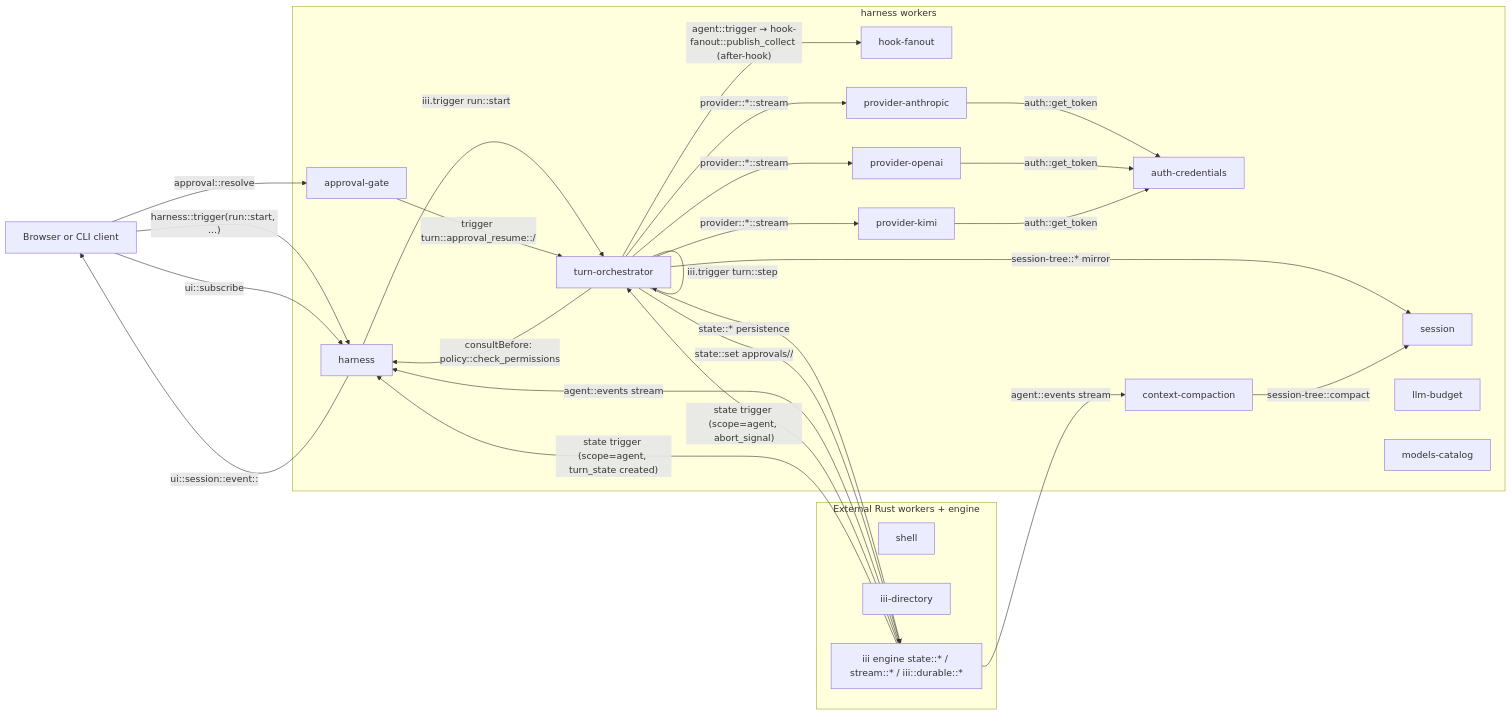
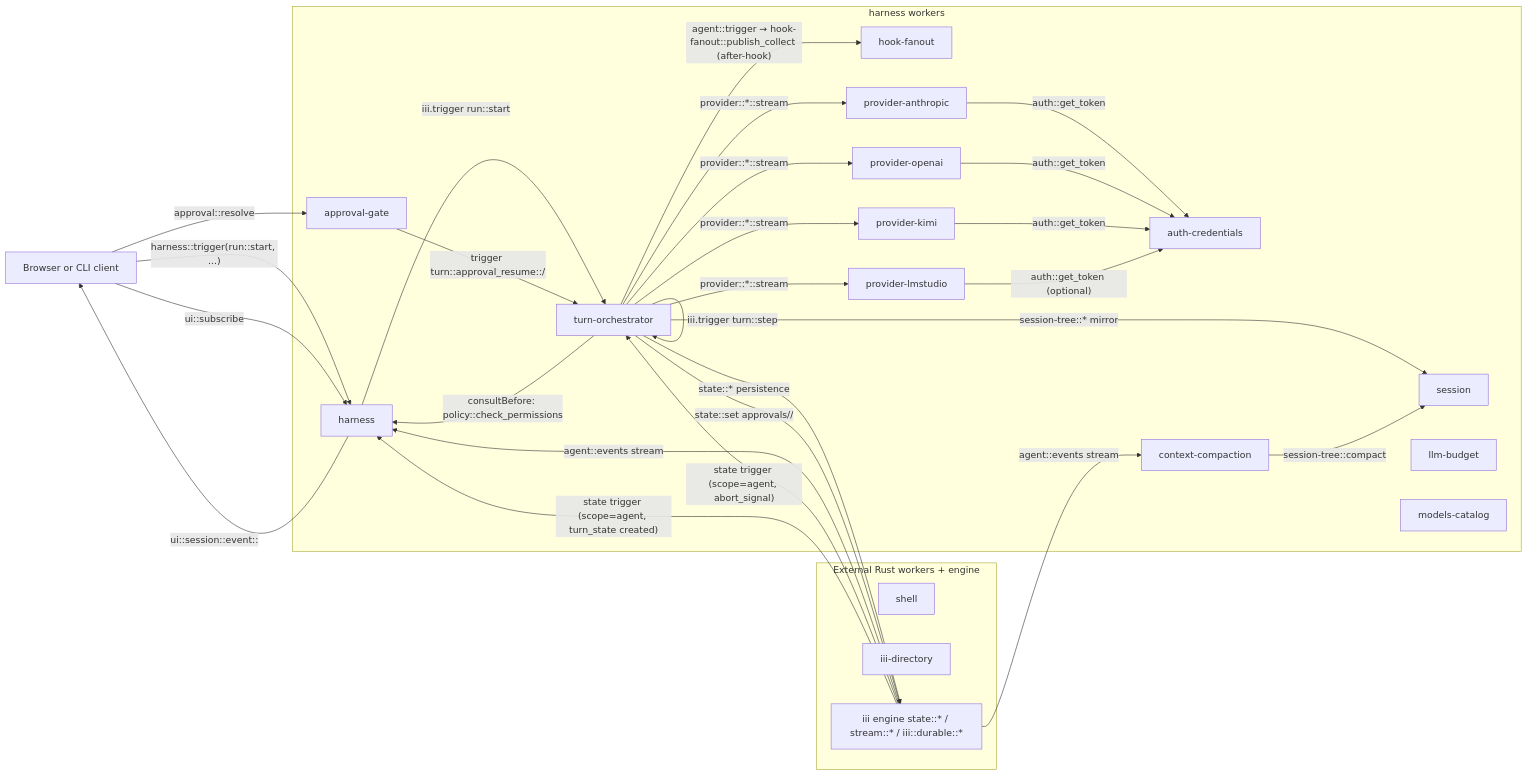
One commit to iii-hq/workers changed the first of 5 diagrams in harness/docs/architecture.md. Above: the diagram before and after it, drawn with Mermaid. The commit also changed other lines of this file and 90 other files, not shown here.

````diff
--- a/harness/docs/architecture.md
+++ b/harness/docs/architecture.md
@@ -36,53 +37,56 @@
 ```mermaid
 flowchart LR
   client[Browser or CLI client]
 
   subgraph harnessNode [harness workers]
     harness[harness]
     turnOrch[turn-orchestrator]
     approval[approval-gate]
     session[session]
     budget[llm-budget]
     hook[hook-fanout]
     auth[auth-credentials]
     models[models-catalog]
     provAnth[provider-anthropic]
     provOAI[provider-openai]
     provKimi[provider-kimi]
+    provLms[provider-lmstudio]
     compact[context-compaction]
   end
 
   subgraph external [External Rust workers + engine]
     shell[shell]
     directory[iii-directory]
     state["iii engine state::* / stream::* / iii::durable::*"]
   end
 
   client -- "harness::trigger(run::start, ...)" --> harness
   harness -- "iii.trigger run::start" --> turnOrch
   client -- "ui::subscribe" --> harness
 
   turnOrch -- "provider::*::stream" --> provAnth
   turnOrch -- "provider::*::stream" --> provOAI
   turnOrch -- "provider::*::stream" --> provKimi
+  turnOrch -- "provider::*::stream" --> provLms
   turnOrch -- "consultBefore: policy::check_permissions" --> harness
   turnOrch -- "agent::trigger → hook-fanout::publish_collect (after-hook)" --> hook
   turnOrch -- "session-tree::* mirror" --> session
   turnOrch -- "state::* persistence" --> state
 
   client -- "approval::resolve" --> approval
   approval -- "trigger turn::approval_resume::<sid>/<cid>" --> turnOrch
   turnOrch -- "state::set approvals/<sid>/<cid>" --> state
   turnOrch -- "iii.trigger turn::step" --> turnOrch
 
   provAnth -- "auth::get_token" --> auth
   provOAI -- "auth::get_token" --> auth
   provKimi -- "auth::get_token" --> auth
+  provLms -- "auth::get_token (optional)" --> auth
 
   state -- "agent::events stream" --> harness
   state -- "agent::events stream" --> compact
   state -- "state trigger (scope=agent, abort_signal)" --> turnOrch
   state -- "state trigger (scope=agent, turn_state created)" --> harness
   harness -- "ui::session::event::<browser_id>" --> client
   compact -- "session-tree::compact" --> session
 ```
````
